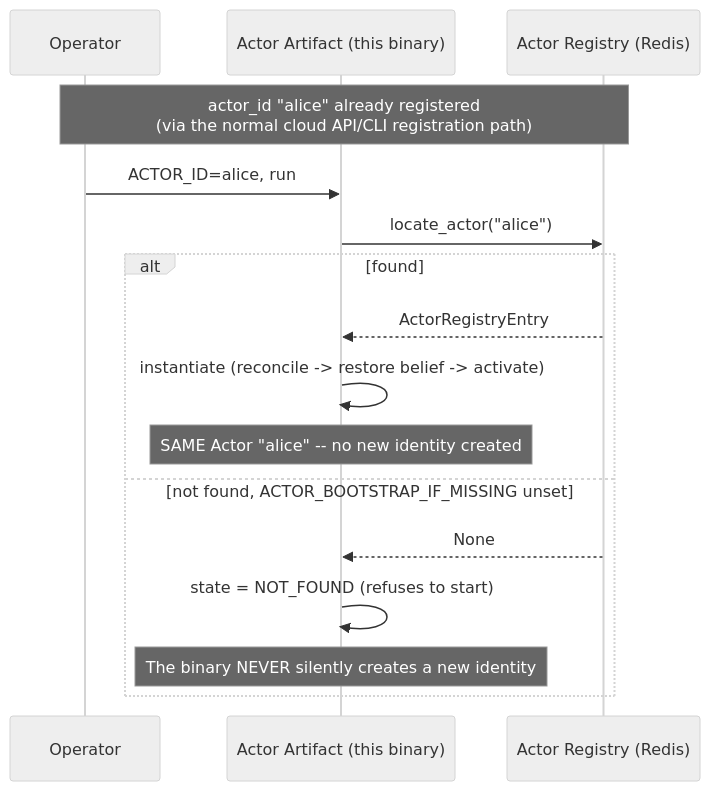
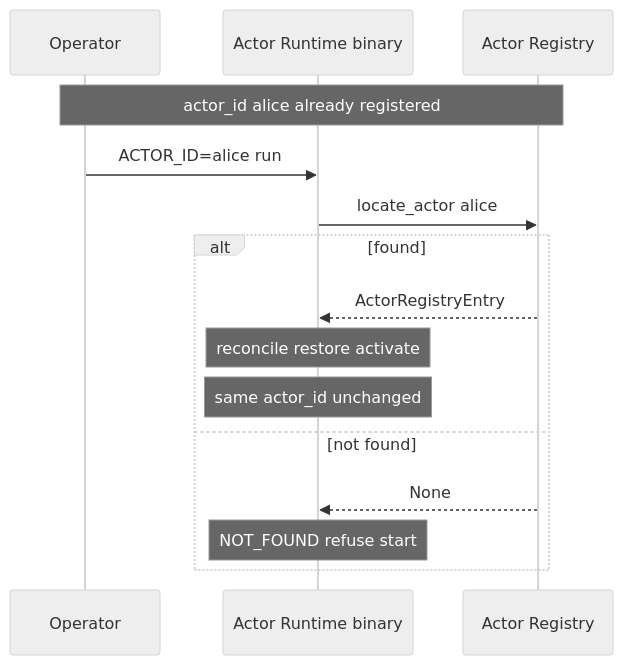
One commit to monkeypatched-stack/cogitive-os changed the second of 5 diagrams in docs/ACTOR_ARTIFACT.md. Above: the diagram before and after it, drawn with Mermaid (neutral theme). The commit also changed other lines of this file and 6 other files, not shown here.

Commit message:
adding diagrams

````diff
--- a/docs/ACTOR_ARTIFACT.md
+++ b/docs/ACTOR_ARTIFACT.md
@@ -91,19 +91,18 @@
 ```mermaid
 sequenceDiagram
     participant Op as Operator
-    participant Bin as Actor Artifact (this binary)
-    participant Reg as Actor Registry (Redis)
+    participant Bin as Actor Runtime binary
+    participant Reg as Actor Registry
 
-    Note over Op,Reg: actor_id "alice" already registered<br/>(via the normal cloud API/CLI registration path)
-    Op->>Bin: ACTOR_ID=alice, run
-    Bin->>Reg: locate_actor("alice")
+    Note over Op,Reg: actor_id alice already registered
+    Op->>Bin: ACTOR_ID=alice run
+    Bin->>Reg: locate_actor alice
     alt found
         Reg-->>Bin: ActorRegistryEntry
-        Bin->>Bin: instantiate (reconcile -> restore belief -> activate)
-        Note over Bin: SAME Actor "alice" -- no new identity created
-    else not found, ACTOR_BOOTSTRAP_IF_MISSING unset
+        Note over Bin: reconcile restore activate
+        Note over Bin: same actor_id unchanged
+    else not found
         Reg-->>Bin: None
-        Bin->>Bin: state = NOT_FOUND (refuses to start)
-        Note over Bin: The binary NEVER silently creates a new identity
+        Note over Bin: NOT_FOUND refuse start
     end
 ```
````
